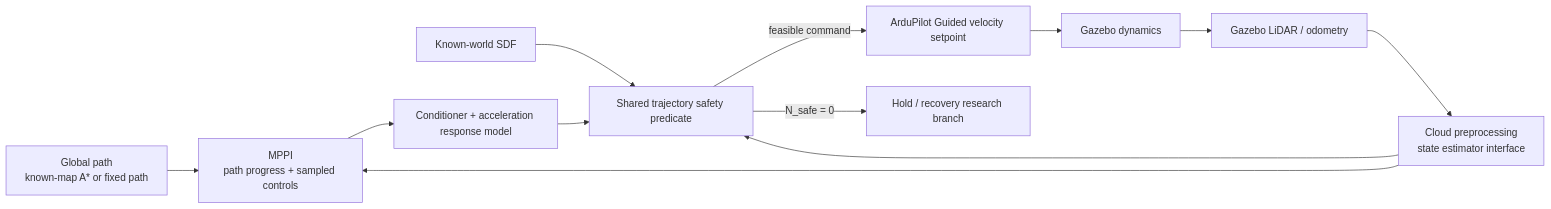
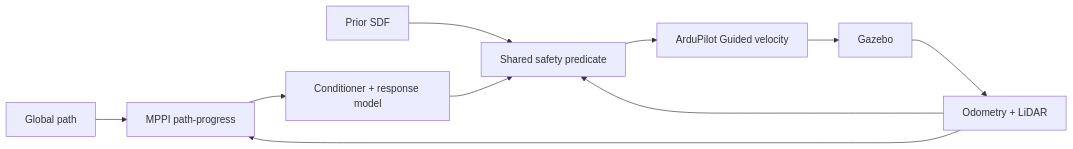
One commit to thanhlamauto/ardu_plugin_gazebo changed the diagram in README.md. Above: the diagram before and after it, drawn with Mermaid. The commit also changed other lines of this file, not shown here.

````diff
--- a/README.md
+++ b/README.md
@@ -44,14 +29,12 @@
 ```mermaid
 flowchart LR
-    G[Global path<br/>known-map A* or fixed path] --> M[MPPI<br/>path progress + sampled controls]
-    L[Gazebo LiDAR / odometry] --> P[Cloud preprocessing<br/>state estimator interface]
-    P --> M
-    S[Known-world SDF] --> V[Shared trajectory safety predicate]
-    M --> D[Conditioner + acceleration response model]
+    G[Global path] --> M[MPPI path-progress]
+    O[Odometry + LiDAR] --> M
+    S[Prior SDF] --> V[Shared safety predicate]
+    M --> D[Conditioner + response model]
     D --> V
-    P --> V
-    V -->|feasible command| A[ArduPilot Guided velocity setpoint]
-    A --> Z[Gazebo dynamics]
-    Z --> L
-    V -->|N_safe = 0| H[Hold / recovery research branch]
+    O --> V
+    V --> A[ArduPilot Guided velocity]
+    A --> Z[Gazebo]
+    Z --> O
 ```
````
